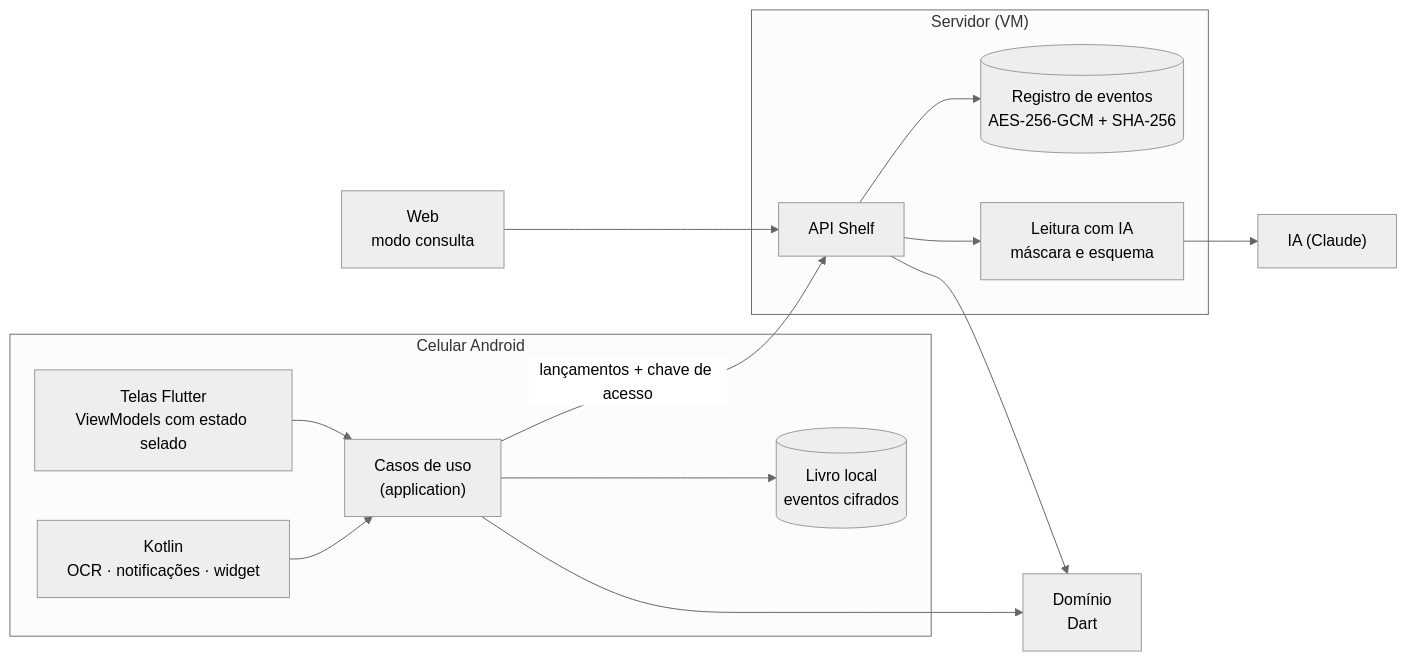
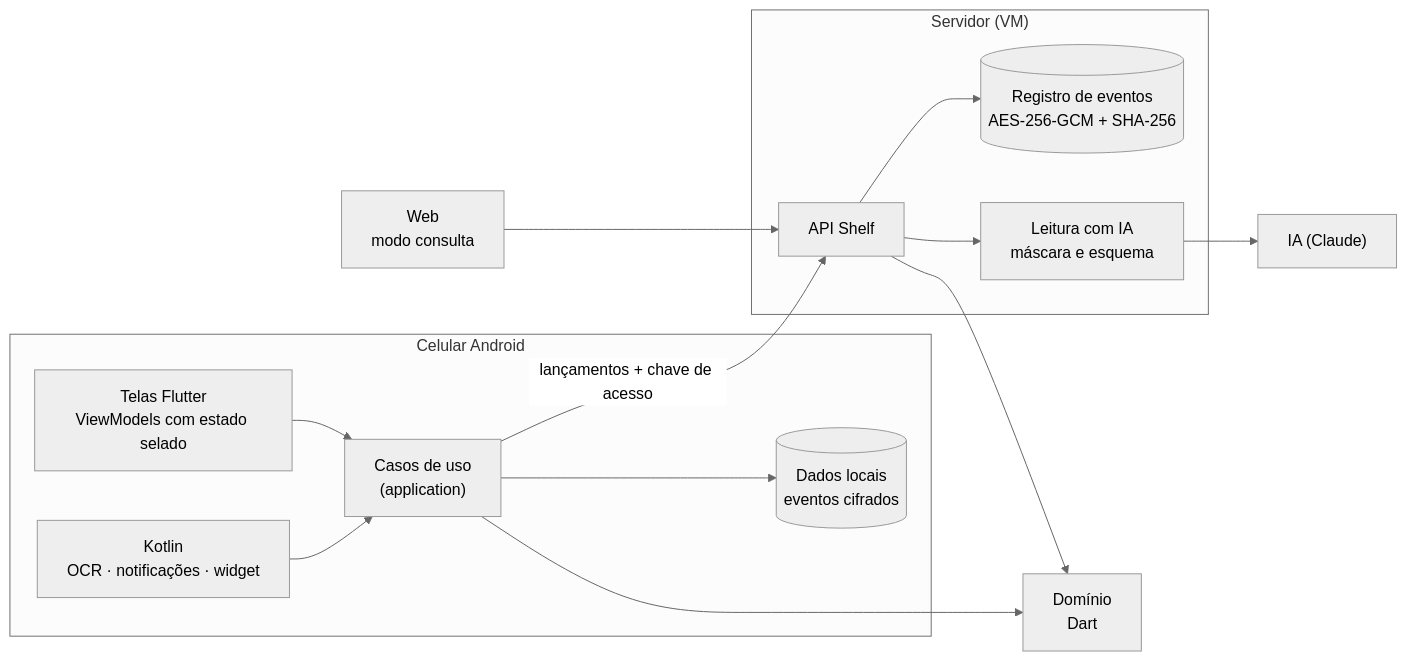
The first of 2 diagrams in README.md (Marcos-Codfy/finance-cajui), drawn with Mermaid (neutral theme) before and after one commit. The commit also changed other lines of this file and 1 other file, not shown here.

````diff
--- a/README.md
+++ b/README.md
@@ -139,26 +139,26 @@
 ```mermaid
 flowchart LR
   subgraph PHONE["Celular Android"]
     UI["Telas Flutter<br/>ViewModels com estado selado"]
     APP["Casos de uso<br/>(application)"]
     NAT["Kotlin<br/>OCR · notificações · widget"]
-    LOG[("Livro local<br/>eventos cifrados")]
+    LOG[("Dados locais<br/>eventos cifrados")]
   end
   DOM["Domínio<br/>Dart"]
   subgraph VM["Servidor (VM)"]
     API["API Shelf"]
     STORE[("Registro de eventos<br/>AES-256-GCM + SHA-256")]
     AI["Leitura com IA<br/>máscara e esquema"]
   end
   WEB["Web<br/>modo consulta"]
   DS["IA (Claude)"]
 
   UI --> APP --> DOM
   NAT --> APP
   APP --> LOG
   APP -- "lançamentos + chave de acesso" --> API
   WEB --> API
   API --> DOM
   API --> STORE
   API --> AI --> DS
 ```
````
